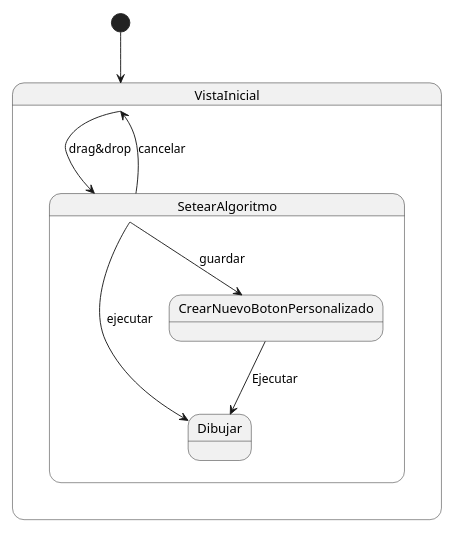
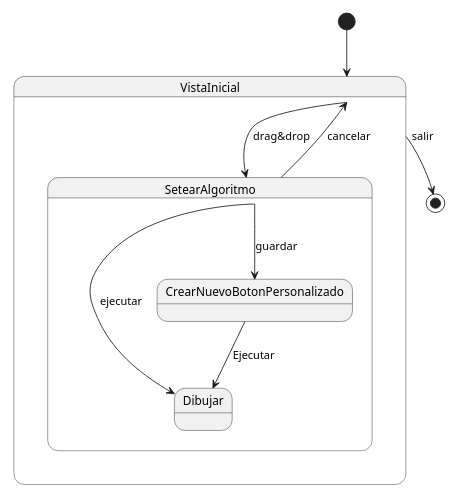
Before and after one commit to valva-ro/Algo3-TP2-AlgoBlocks: the diagram in diagrama de estados.puml, drawn with PlantUML.

Commit message:
feat: mejore el diagrama de estados

```diff
--- a/diagrama de estados.puml
+++ b/diagrama de estados.puml
@@ -1,24 +1,26 @@
 @startuml
 'https://plantuml.com/state-diagram
 
 scale 350 width
 [*] --> VistaInicial
 
 state VistaInicial {
     VistaInicial --> SetearAlgoritmo : drag&drop
 }
 
 state SetearAlgoritmo {
     SetearAlgoritmo --> Dibujar : ejecutar
     SetearAlgoritmo --> CrearNuevoBotonPersonalizado : guardar
     SetearAlgoritmo --> VistaInicial : cancelar
 }
 
 state CrearNuevoBotonPersonalizado{
     CrearNuevoBotonPersonalizado --> Dibujar : Ejecutar
 }
 
 state Dibujar{
 
 }
+
+VistaInicial --> [*] : salir
 @enduml
```
